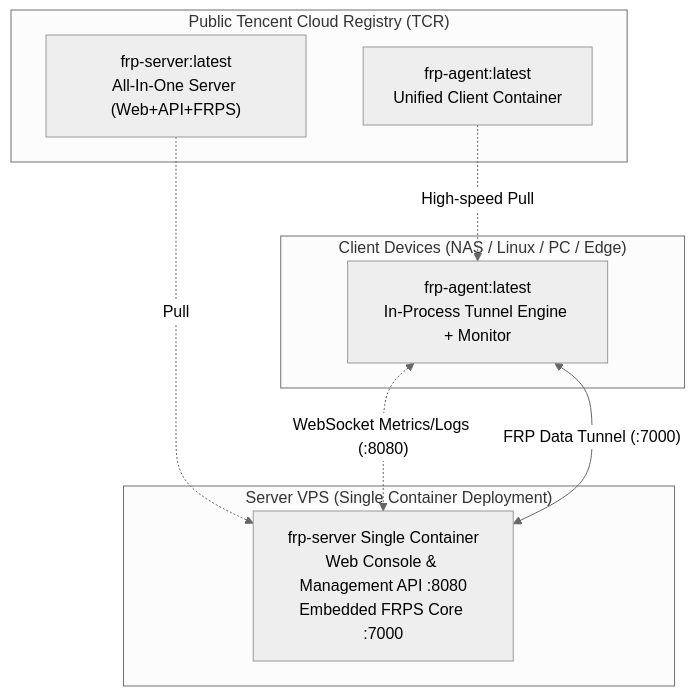
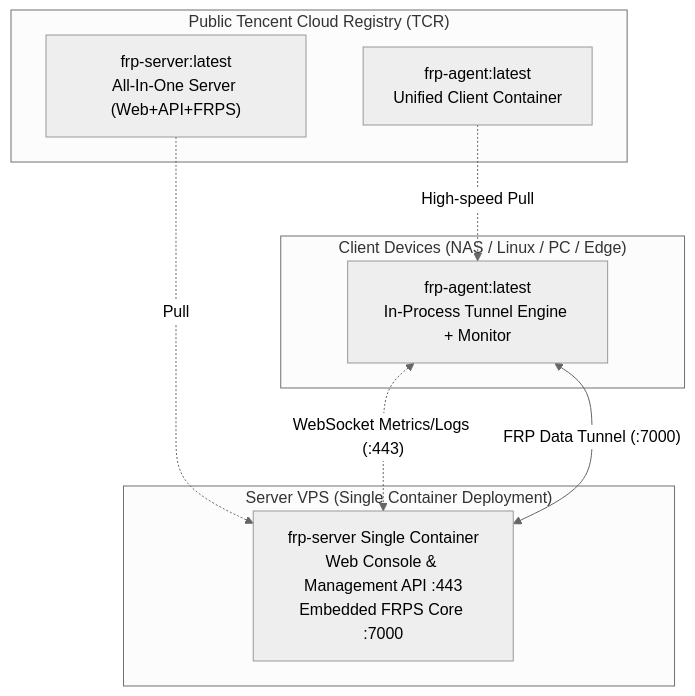
One commit to newbietan/FRP-ALL-IN-ONE changed the diagram in README.en.md. Above: the diagram before and after it, drawn with Mermaid (neutral theme). The commit also changed other lines of this file and 41 other files, not shown here.

````diff
--- a/README.en.md
+++ b/README.en.md
@@ -73,21 +75,21 @@
 ```mermaid
 flowchart TB
     subgraph TCR["Public Tencent Cloud Registry (TCR)"]
         SERVER_IMG["frp-server:latest<br/>All-In-One Server (Web+API+FRPS)"]
         AGENT_IMG["frp-agent:latest<br/>Unified Client Container"]
     end
 
     subgraph Server["Server VPS (Single Container Deployment)"]
-        SingleServer["frp-server Single Container<br/>Web Console & Management API :8080<br/>Embedded FRPS Core :7000"]
+        SingleServer["frp-server Single Container<br/>Web Console & Management API :443<br/>Embedded FRPS Core :7000"]
     end
 
     subgraph Clients["Client Devices (NAS / Linux / PC / Edge)"]
         DockerClient["frp-agent:latest<br/>In-Process Tunnel Engine + Monitor"]
     end
 
     SERVER_IMG -.->|"Pull"| SingleServer
     AGENT_IMG -.->|"High-speed Pull"| DockerClient
 
-    DockerClient <-.->|"WebSocket Metrics/Logs (:8080)"| SingleServer
+    DockerClient <-.->|"WebSocket Metrics/Logs (:443)"| SingleServer
     DockerClient <-->|"FRP Data Tunnel (:7000)"| SingleServer
 ```
````
